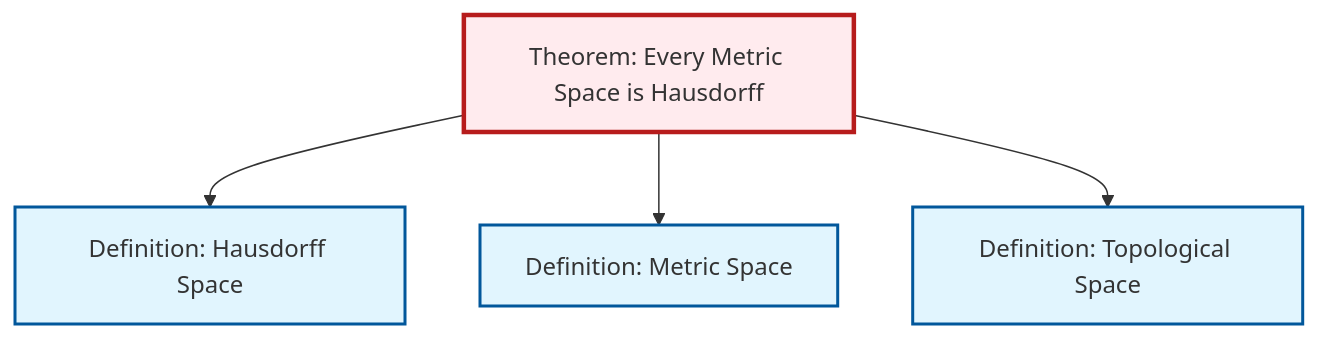
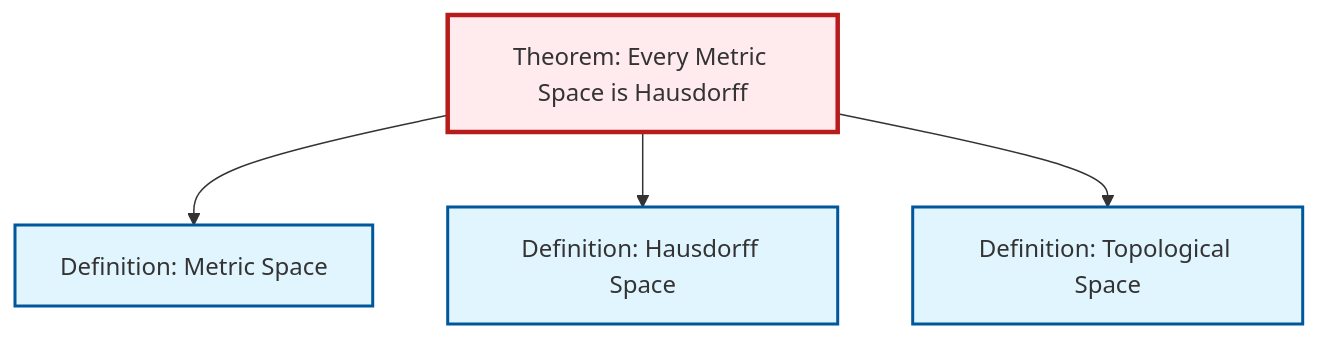
Before and after one commit to RK0429/ModernMath: the diagram in content/en/topology/thm-metric-hausdorff.qmd, drawn with Mermaid. The commit also changed other lines of this file and 1069 other files, not shown here.

````diff
--- a/content/en/topology/thm-metric-hausdorff.qmd
+++ b/content/en/topology/thm-metric-hausdorff.qmd
@@ -63,20 +63,20 @@
 ```{mermaid}
 %%| fig-cap: "Local dependency graph"
 graph TD
     classDef definition fill:#e1f5fe,stroke:#01579b,stroke-width:2px
     classDef theorem fill:#f3e5f5,stroke:#4a148c,stroke-width:2px
     classDef axiom fill:#fff3e0,stroke:#e65100,stroke-width:2px
     classDef example fill:#e8f5e9,stroke:#1b5e20,stroke-width:2px
     classDef current fill:#ffebee,stroke:#b71c1c,stroke-width:3px
+    def-topological-space["Definition: Topological Space"]:::definition
+    thm-metric-hausdorff["Theorem: Every Metric Space is Hausdorff"]:::theorem
+    def-hausdorff["Definition: Hausdorff Space"]:::definition
     def-metric-space["Definition: Metric Space"]:::definition
-    def-hausdorff["Definition: Hausdorff Space"]:::definition
-    thm-metric-hausdorff["Theorem: Every Metric Space is Hausdorff"]:::theorem
-    def-topological-space["Definition: Topological Space"]:::definition
+    thm-metric-hausdorff --> def-metric-space
     thm-metric-hausdorff --> def-hausdorff
-    thm-metric-hausdorff --> def-metric-space
     thm-metric-hausdorff --> def-topological-space
     class thm-metric-hausdorff current
+    click def-topological-space "def-topological-space.html" "Go to Topological Space definition"
+    click def-hausdorff "def-hausdorff.html" "Go to Hausdorff Space definition"
     click def-metric-space "def-metric-space.html" "Go to Metric Space definition"
-    click def-hausdorff "def-hausdorff.html" "Go to Hausdorff Space definition"
-    click def-topological-space "def-topological-space.html" "Go to Topological Space definition"
 ```
````
